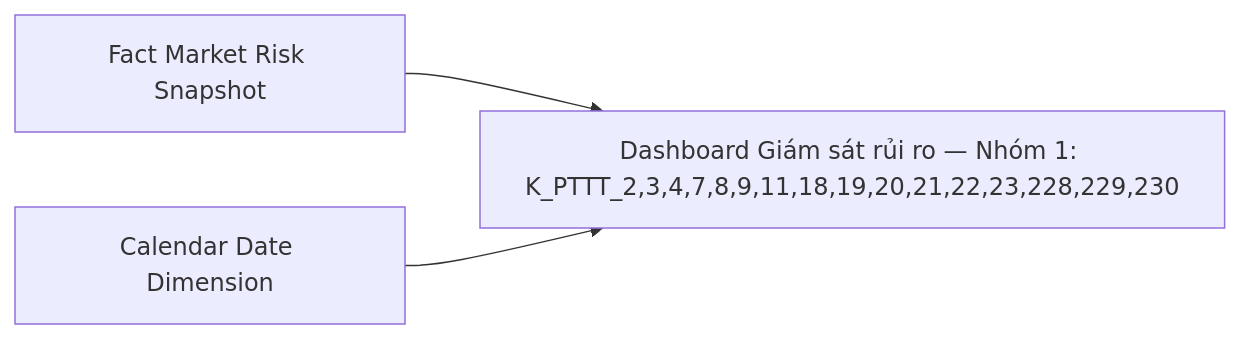
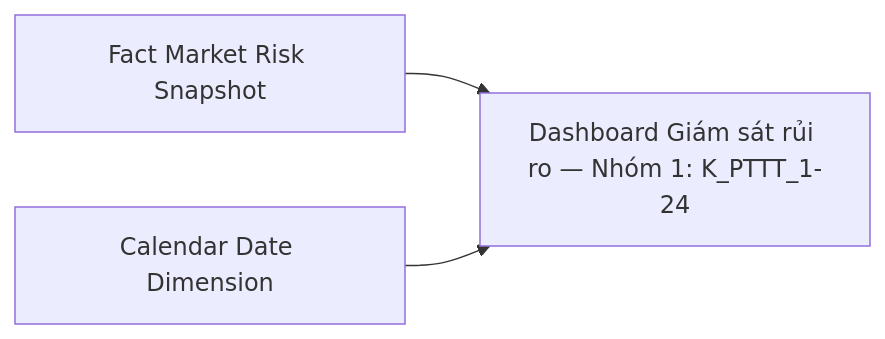
One commit to linhlvit/ubck_atomic_design changed diagram 12 of 55 in Datamart/hld/DTM_PTTT_HLD.md. Above: the diagram before and after it, drawn with Mermaid. The commit also changed other lines of this file and 70 other files, not shown here.

````diff
--- a/Datamart/hld/DTM_PTTT_HLD.md
+++ b/Datamart/hld/DTM_PTTT_HLD.md
@@ -485,5 +485,5 @@
 ```mermaid
 flowchart LR
-    fct_mkt_rsk_snpst["Fact Market Risk Snapshot"] --> rpt_nh1_giam_sat["Dashboard Giám sát rủi ro — Nhóm 1: K_PTTT_2,3,4,7,8,9,11,18,19,20,21,22,23,228,229,230"]
+    fct_mkt_rsk_snpst["Fact Market Risk Snapshot"] --> rpt_nh1_giam_sat["Dashboard Giám sát rủi ro — Nhóm 1: K_PTTT_1-24"]
     cdr_dt_dim["Calendar Date Dimension"] --> rpt_nh1_giam_sat
 ```
````
